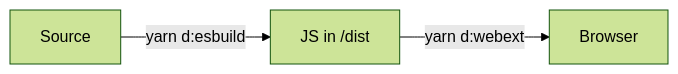
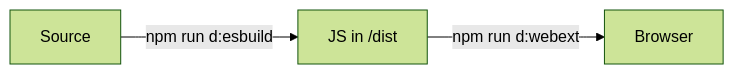
One commit to gyng/webext-boilerplate changed the first of 3 diagrams in README.md. Above: the diagram before and after it, drawn with Mermaid (forest theme). The commit also changed other lines of this file and 11 other files, not shown here.

````diff
--- a/README.md
+++ b/README.md
@@ -29,4 +29,4 @@
 ```mermaid
 flowchart LR
-    Source -->|yarn d:esbuild| B["JS in /dist"] --> |yarn d:webext| Browser
+    Source -->|npm run d:esbuild| B["JS in /dist"] --> |npm run d:webext| Browser
 ```
````
